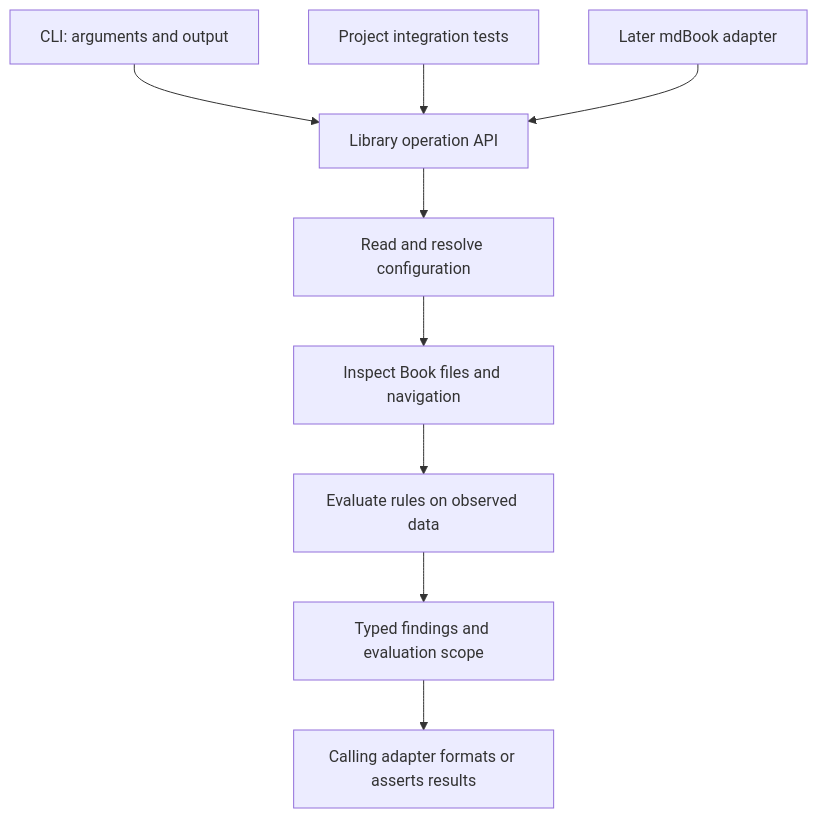
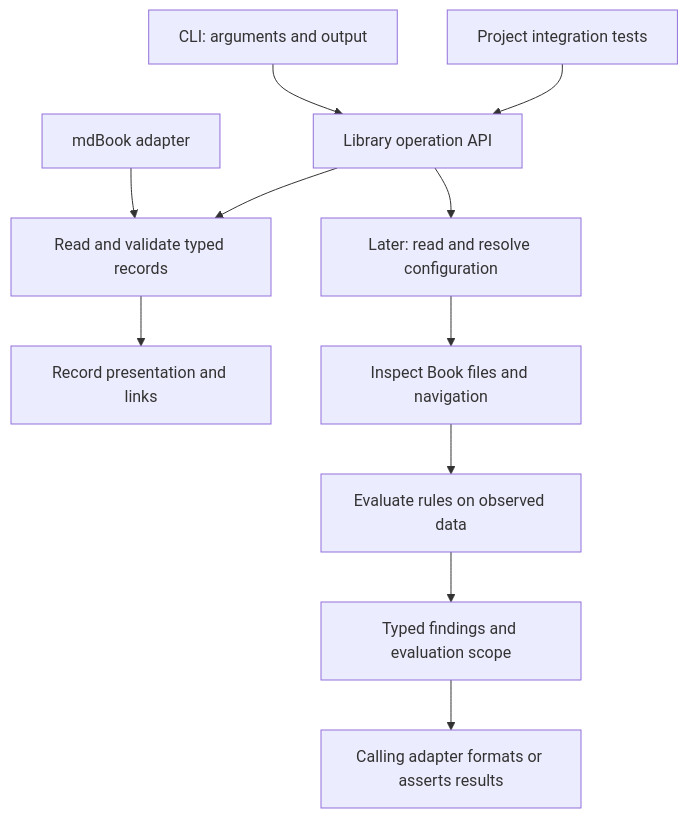
The diagram in book/design/rust-engine.md (anchor-book/anchor-book), drawn with Mermaid before and after one commit. The commit also changed other lines of this file and 14 other files, not shown here.

Commit message:
Design record rendering and reconcile roadmap progress

````diff
--- a/book/design/rust-engine.md
+++ b/book/design/rust-engine.md
@@ -20,12 +26,14 @@
 ```mermaid
 %%{init: {"flowchart": {"useMaxWidth": false}}}%%
 flowchart TB
     cli["CLI: arguments and output"] --> api["Library operation API"]
     tests["Project integration tests"] --> api
-    md["Later mdBook adapter"] --> api
-    api --> load["Read and resolve configuration"]
+    md["mdBook adapter"] --> records["Read and validate typed records"]
+    api --> records
+    records --> render["Record presentation and links"]
+    api --> load["Later: read and resolve configuration"]
     load --> inspect["Inspect Book files and navigation"]
     inspect --> evaluate["Evaluate rules on observed data"]
     evaluate --> report["Typed findings and evaluation scope"]
     report --> caller["Calling adapter formats or asserts results"]
 ```
````
